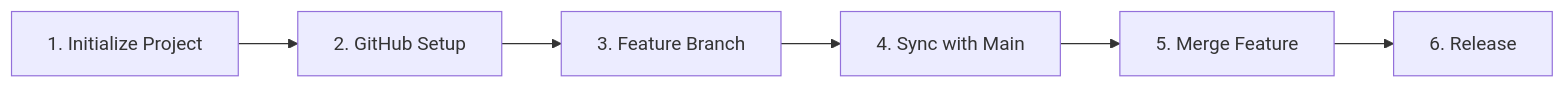
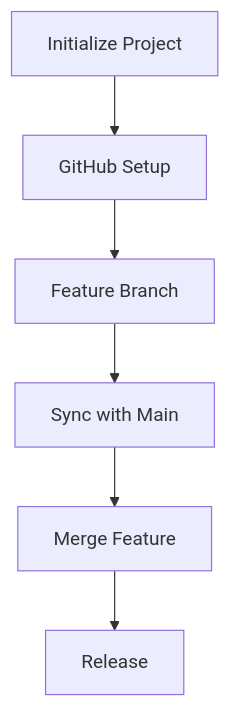
The third of 3 diagrams in README.md (secbyteX03/Git-Commands-Cheat-Sheet), drawn with Mermaid before and after one commit. The commit also changed other lines of this file, not shown here.

Commit message:
updated Workflow Overview content

````diff
--- a/README.md
+++ b/README.md
@@ -371,8 +379,8 @@
 ```mermaid
-flowchart LR
-  A[1. Initialize Project] --> B[2. GitHub Setup]
-  B --> C[3. Feature Branch]
-  C --> D[4. Sync with Main]
-  D --> E[5. Merge Feature]
-  E --> F[6. Release]
+graph TD
+    A[Initialize Project] --> B[GitHub Setup]
+    B --> C[Feature Branch]
+    C --> D[Sync with Main]
+    D --> E[Merge Feature]
+    E --> F[Release]
 ```
````
